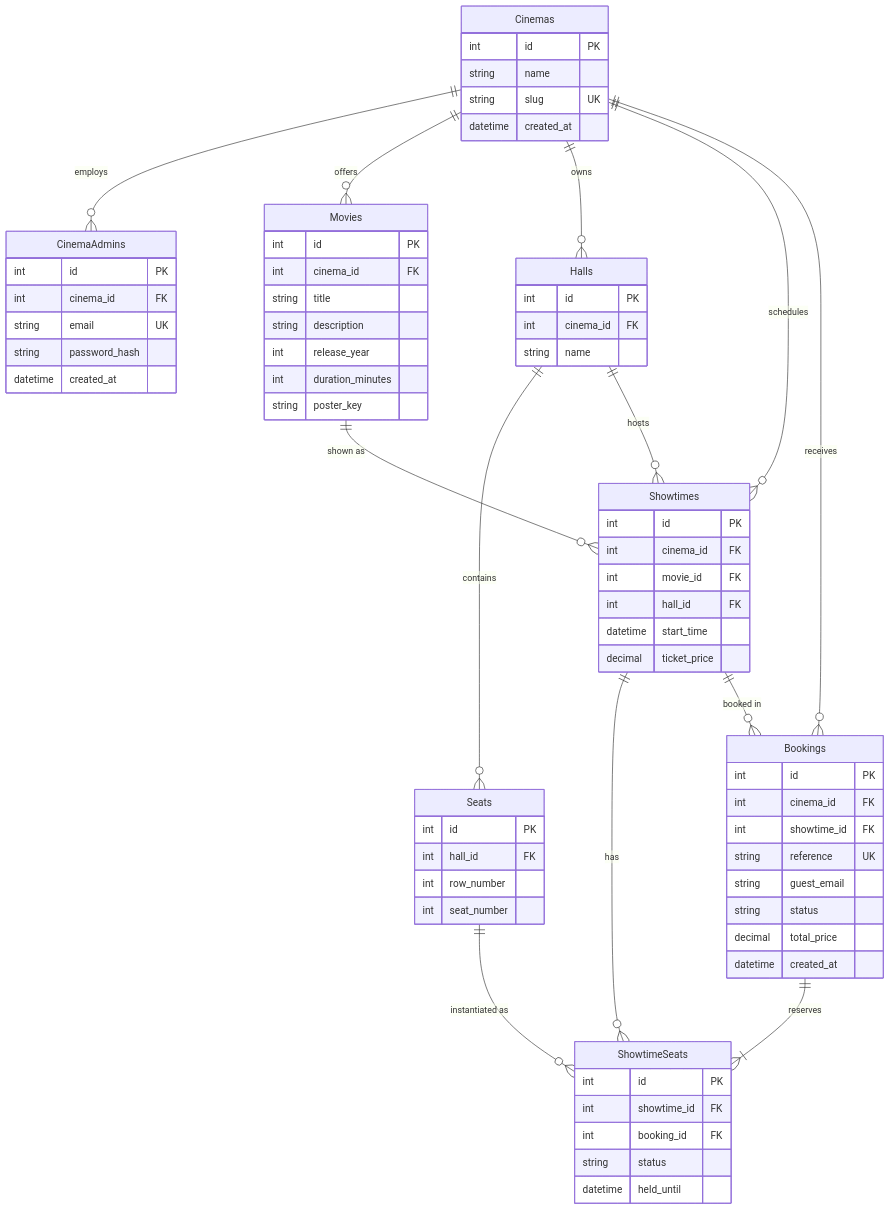
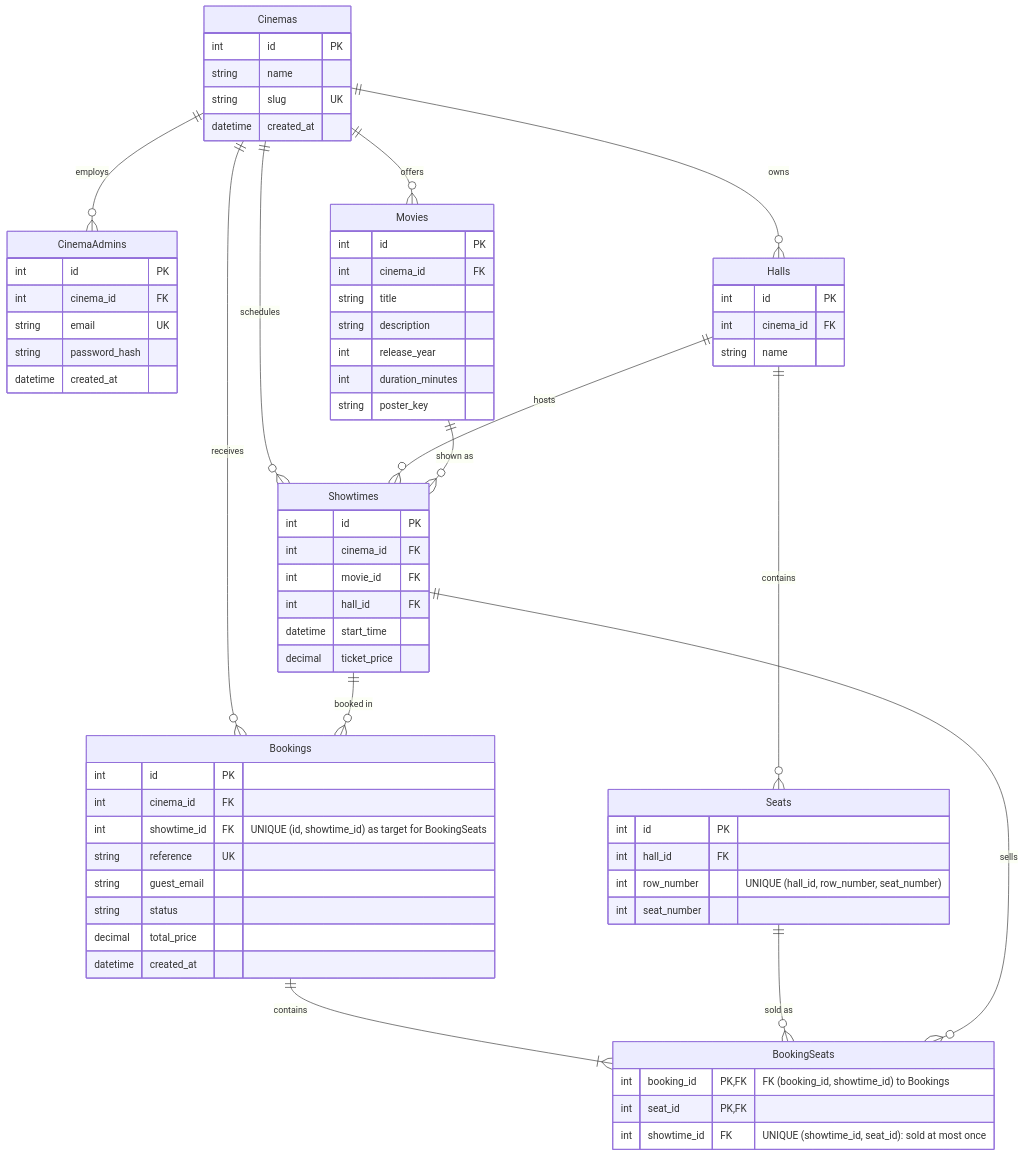
One commit to Kiryl999/cinecloud changed the diagram in docs/er-diagram.mmd. Above: the diagram before and after it, drawn with Mermaid. The commit also changed 12 other files, not shown here.

First line of the commit message:
refactor: replace showtime_seats with booking_seats

```diff
--- a/docs/er-diagram.mmd
+++ b/docs/er-diagram.mmd
@@ -1,82 +1,79 @@
 erDiagram
     Cinemas ||--o{ CinemaAdmins : employs
     Cinemas ||--o{ Movies : offers
     Cinemas ||--o{ Halls : owns
     Cinemas ||--o{ Showtimes : schedules
     Cinemas ||--o{ Bookings : receives
 
     Halls ||--o{ Seats : contains
     Halls ||--o{ Showtimes : hosts
     Movies ||--o{ Showtimes : "shown as"
 
-    Showtimes ||--o{ ShowtimeSeats : has
-    Seats ||--o{ ShowtimeSeats : "instantiated as"
-
     Showtimes ||--o{ Bookings : "booked in"
-    Bookings ||--|{ ShowtimeSeats : reserves
+    Bookings ||--|{ BookingSeats : contains
+    Seats ||--o{ BookingSeats : "sold as"
+    Showtimes ||--o{ BookingSeats : sells
 
     Cinemas {
         int id PK
         string name
         string slug UK
         datetime created_at
     }
 
     CinemaAdmins {
         int id PK
         int cinema_id FK
         string email UK
         string password_hash
         datetime created_at
     }
 
     Movies {
         int id PK
         int cinema_id FK
         string title
         string description
         int release_year
         int duration_minutes
         string poster_key
     }
 
     Halls {
         int id PK
         int cinema_id FK
         string name
     }
 
     Seats {
         int id PK
         int hall_id FK
-        int row_number
+        int row_number "UNIQUE (hall_id, row_number, seat_number)"
         int seat_number
     }
 
     Showtimes {
         int id PK
         int cinema_id FK
         int movie_id FK
         int hall_id FK
         datetime start_time
         decimal ticket_price
     }
 
-    ShowtimeSeats {
-        int id PK
-        int showtime_id FK
-        int booking_id FK
-        string status
-        datetime held_until
-    }
-
     Bookings {
         int id PK
         int cinema_id FK
-        int showtime_id FK
+        int showtime_id FK "UNIQUE (id, showtime_id) as target for BookingSeats"
         string reference UK
         string guest_email
         string status
         decimal total_price
         datetime created_at
     }
+
+    BookingSeats {
+        int booking_id PK, FK "FK (booking_id, showtime_id) to Bookings"
+        int seat_id PK, FK
+        int showtime_id FK "UNIQUE (showtime_id, seat_id): sold at most once"
+    }
```
